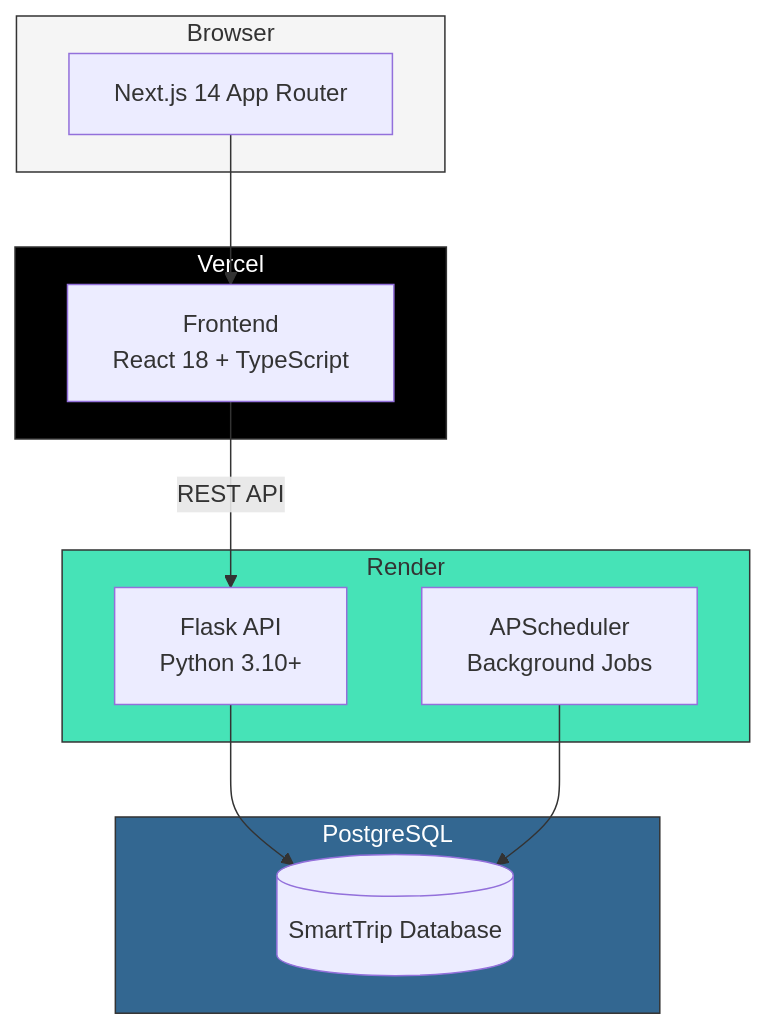
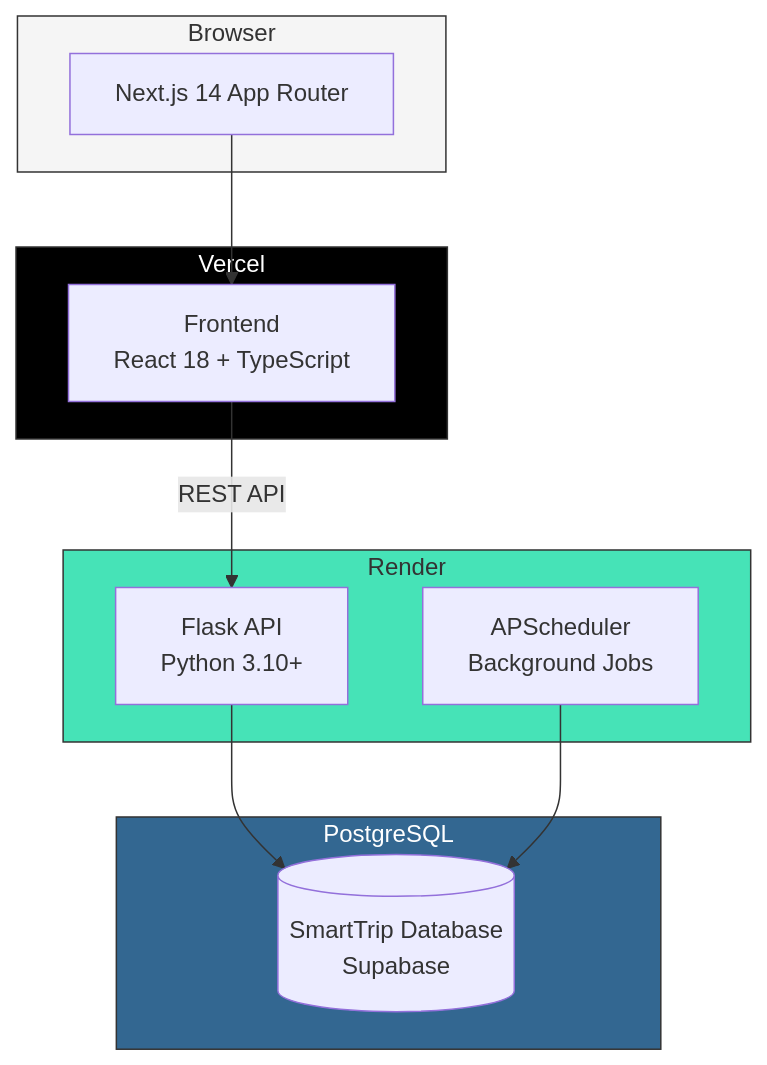
The diagram in README.md (tal-golan99/smarTrip), drawn with Mermaid before and after one commit. The commit also changed other lines of this file and 2 other files, not shown here.

````diff
--- a/README.md
+++ b/README.md
@@ -27,29 +27,29 @@
 ```mermaid
 flowchart TB
     subgraph Client["Browser"]
         UI["Next.js 14 App Router"]
     end
 
     subgraph Vercel["Vercel"]
         FE["Frontend<br/>React 18 + TypeScript"]
     end
 
     subgraph Render["Render"]
         BE["Flask API<br/>Python 3.10+"]
         SCHED["APScheduler<br/>Background Jobs"]
     end
 
     subgraph Database["PostgreSQL"]
-        DB[(SmartTrip Database)]
+        DB[(SmartTrip Database<br/>Supabase)]
     end
 
     UI --> FE
     FE -->|"REST API"| BE
     BE --> DB
     SCHED --> DB
 
     style Client fill:#f5f5f5,stroke:#333
     style Vercel fill:#000,stroke:#333,color:#fff
     style Render fill:#46E3B7,stroke:#333
     style Database fill:#336791,stroke:#333,color:#fff
 ```
````
